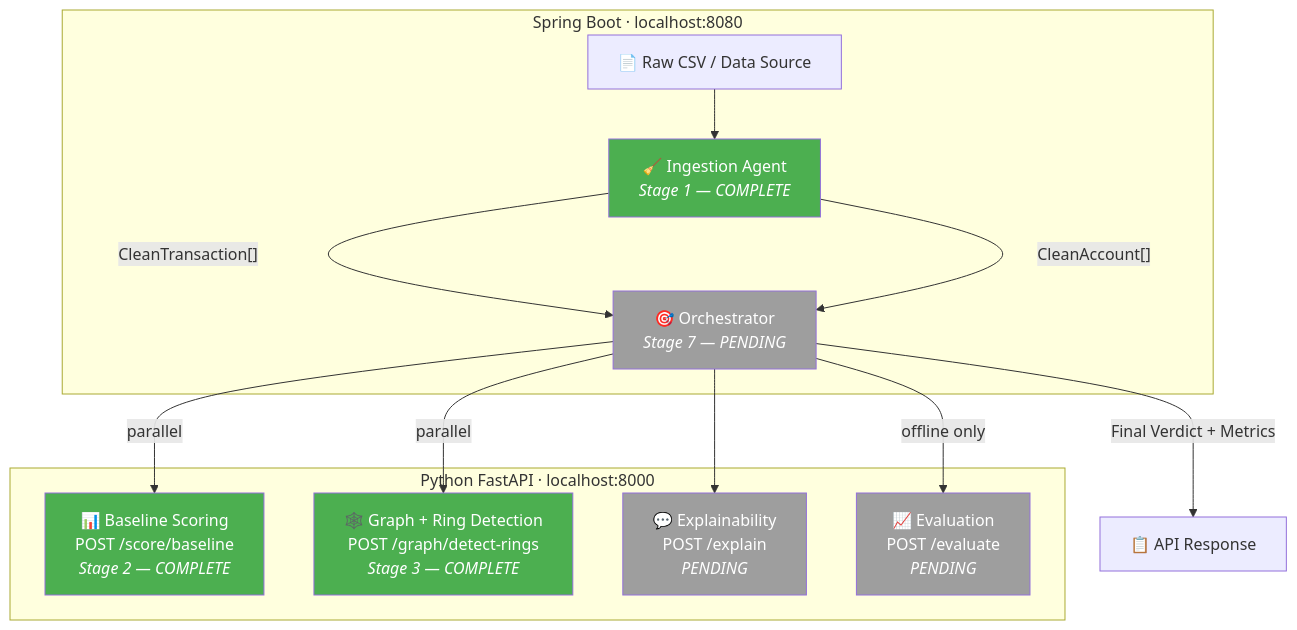
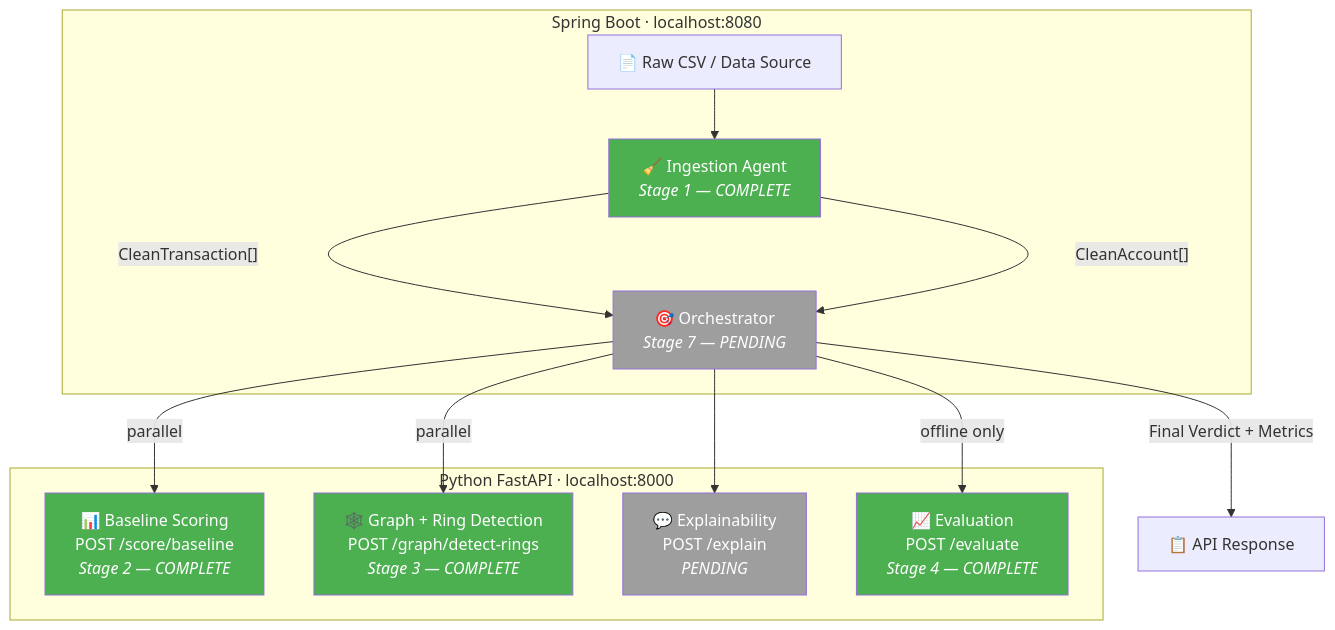
Before and after one commit to mdyusuf0/AI-Risk-Manager: the diagram in PROJECT_SYNOPSIS.md, drawn with Mermaid. The commit also changed other lines of this file and 6 other files, not shown here.

First line of the commit message:
Stage 4: Add Python Evaluation Agent — POST /evaluate

````diff
--- a/PROJECT_SYNOPSIS.md
+++ b/PROJECT_SYNOPSIS.md
@@ -28,31 +27,31 @@
 ```mermaid
 graph TB
     subgraph "Spring Boot · localhost:8080"
         CSV["📄 Raw CSV / Data Source"]
         IA["🧹 Ingestion Agent<br/><i>Stage 1 — COMPLETE</i>"]
         ORCH["🎯 Orchestrator<br/><i>Stage 7 — PENDING</i>"]
     end
 
     subgraph "Python FastAPI · localhost:8000"
         BS["📊 Baseline Scoring<br/>POST /score/baseline<br/><i>Stage 2 — COMPLETE</i>"]
         GR["🕸️ Graph + Ring Detection<br/>POST /graph/detect-rings<br/><i>Stage 3 — COMPLETE</i>"]
         EX["💬 Explainability<br/>POST /explain<br/><i>PENDING</i>"]
-        EV["📈 Evaluation<br/>POST /evaluate<br/><i>PENDING</i>"]
+        EV["📈 Evaluation<br/>POST /evaluate<br/><i>Stage 4 — COMPLETE</i>"]
     end
 
     CSV --> IA
     IA -->|"CleanTransaction[]"| ORCH
     IA -->|"CleanAccount[]"| ORCH
     ORCH -->|"parallel"| BS
     ORCH -->|"parallel"| GR
     ORCH --> EX
     ORCH -->|"offline only"| EV
     ORCH -->|"Final Verdict + Metrics"| OUTPUT["📋 API Response"]
 
     style IA fill:#4caf50,color:#fff
     style ORCH fill:#9e9e9e,color:#fff
     style BS fill:#4caf50,color:#fff
     style GR fill:#4caf50,color:#fff
     style EX fill:#9e9e9e,color:#fff
-    style EV fill:#9e9e9e,color:#fff
+    style EV fill:#4caf50,color:#fff
 ```
````
